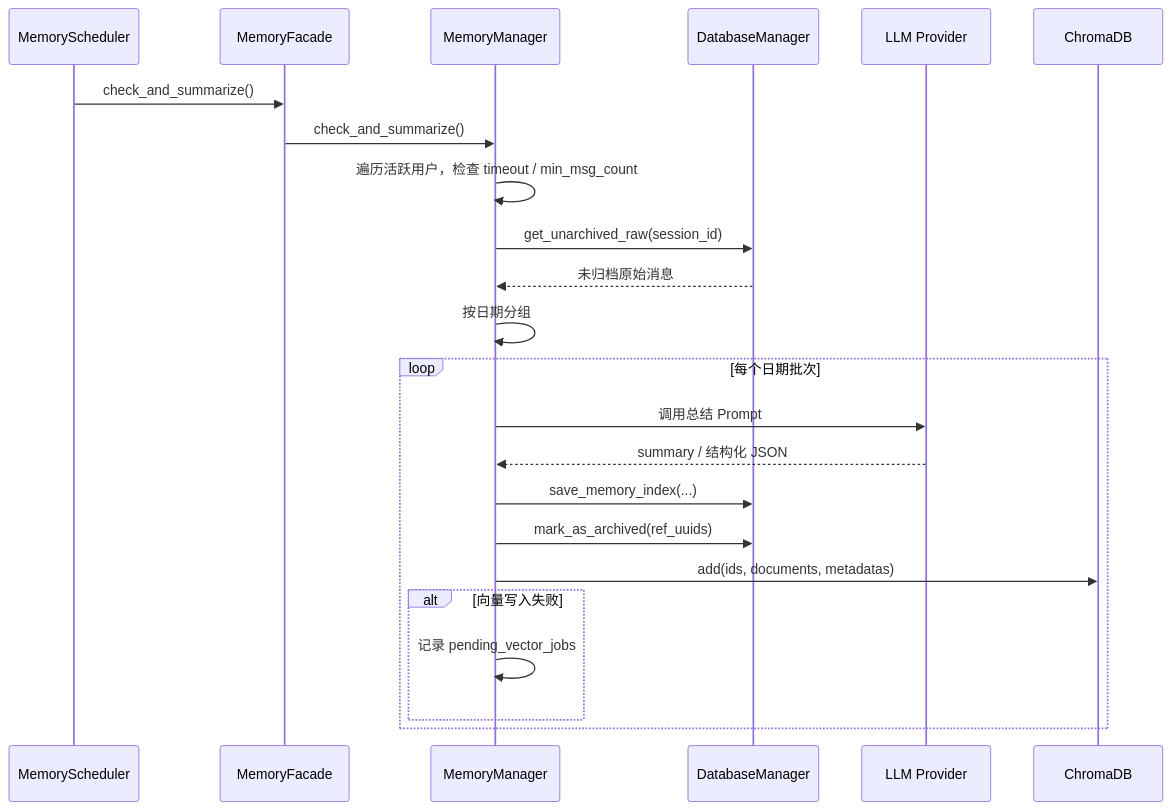
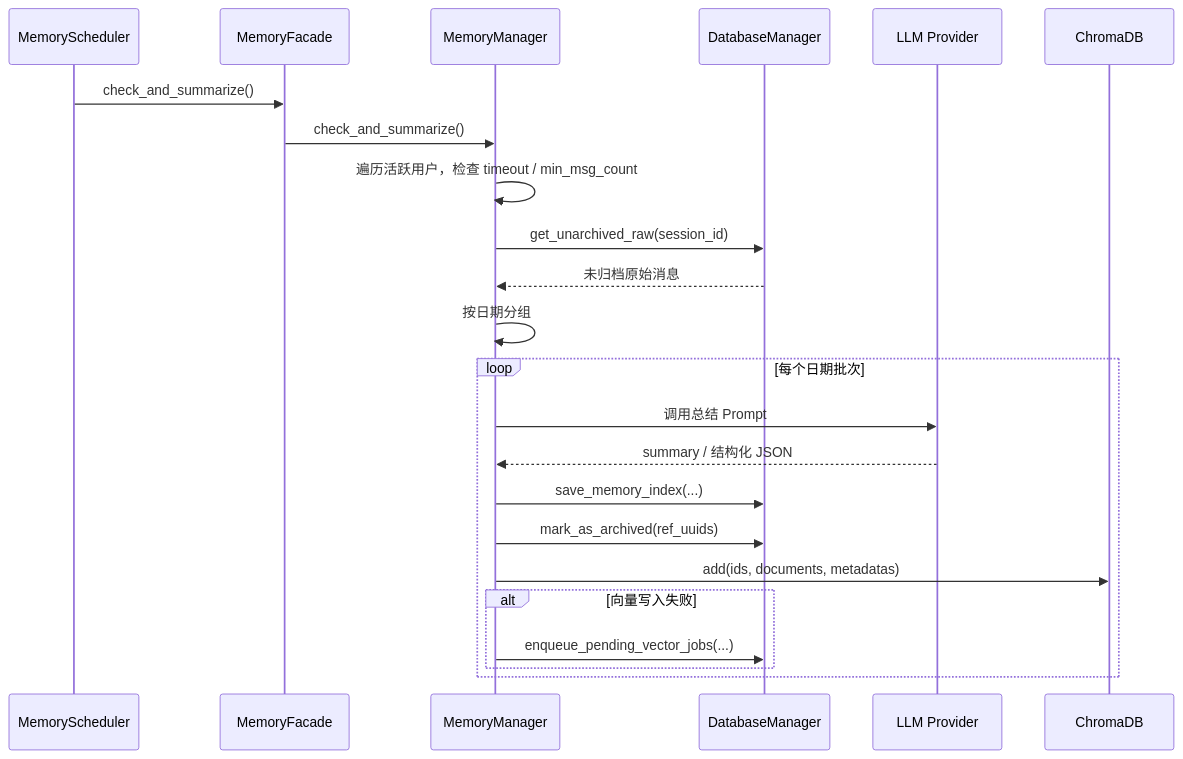
Before and after one commit to victical/astrbot_plugin_engram: the fifth of 15 diagrams in docs/主流程时序文档.md, drawn with Mermaid. The commit also changed other lines of this file and 16 other files, not shown here.

````diff
--- a/docs/主流程时序文档.md
+++ b/docs/主流程时序文档.md
@@ -228,26 +228,26 @@
 ```mermaid
 sequenceDiagram
     participant Scheduler as MemoryScheduler
     participant Facade as MemoryFacade
     participant MM as MemoryManager
     participant DB as DatabaseManager
     participant LLM as LLM Provider
     participant Chroma as ChromaDB
 
     Scheduler->>Facade: check_and_summarize()
     Facade->>MM: check_and_summarize()
     MM->>MM: 遍历活跃用户，检查 timeout / min_msg_count
     MM->>DB: get_unarchived_raw(session_id)
     DB-->>MM: 未归档原始消息
     MM->>MM: 按日期分组
     loop 每个日期批次
         MM->>LLM: 调用总结 Prompt
         LLM-->>MM: summary / 结构化 JSON
         MM->>DB: save_memory_index(...)
         MM->>DB: mark_as_archived(ref_uuids)
         MM->>Chroma: add(ids, documents, metadatas)
         alt 向量写入失败
-            MM->>MM: 记录 pending_vector_jobs
+            MM->>DB: enqueue_pending_vector_jobs(...)
         end
     end
 ```
````
